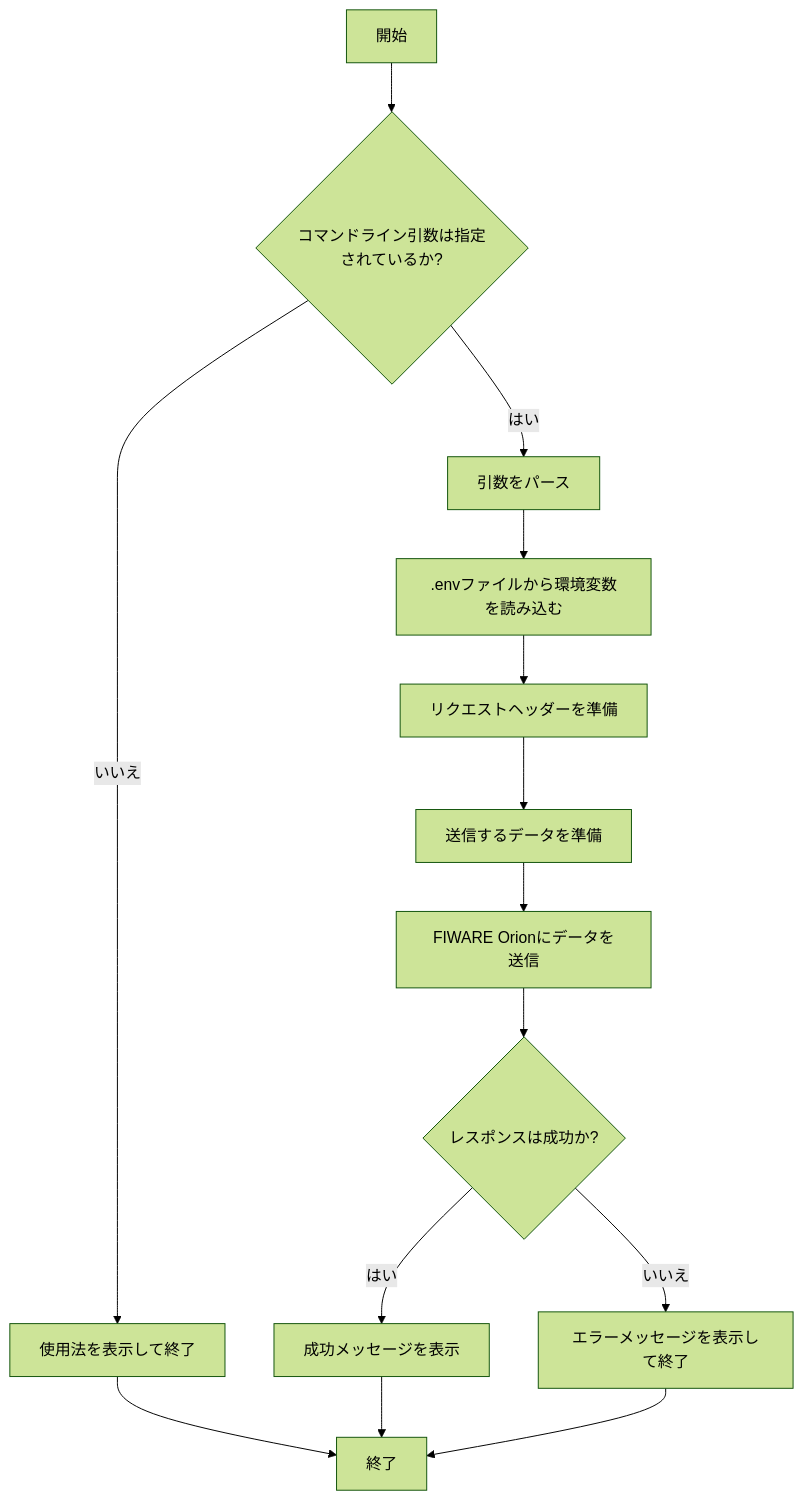
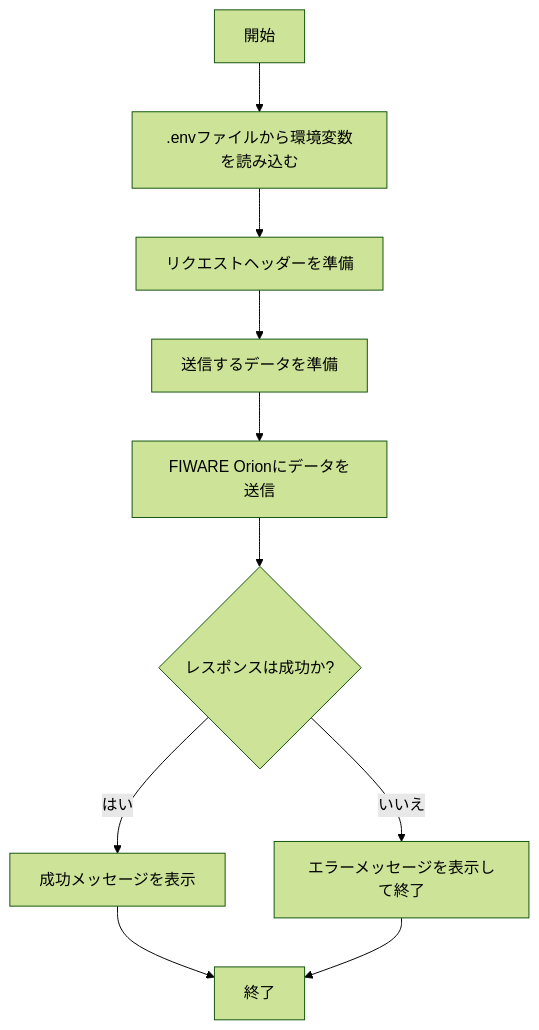
The first of 2 diagrams in readme.md (ryomrt/eventdata_to_orion), drawn with Mermaid (forest theme) before and after one commit.

````diff
--- a/readme.md
+++ b/readme.md
@@ -67,16 +67,12 @@
 ```mermaid
 flowchart TD
-    A[開始] --> B{コマンドライン引数は指定されているか?}
-    B -- いいえ --> C[使用法を表示して終了]
-    B -- はい --> D[引数をパース]
-    D --> E[.envファイルから環境変数を読み込む]
+    A[開始] --> E[.envファイルから環境変数を読み込む]
     E --> F[リクエストヘッダーを準備]
     F --> G[送信するデータを準備]
     G --> H[FIWARE Orionにデータを送信]
     H --> I{レスポンスは成功か?}
     I -- はい --> J[成功メッセージを表示]
     I -- いいえ --> K[エラーメッセージを表示して終了]
     J --> L[終了]
-    C --> L
     K --> L
 ```
````
